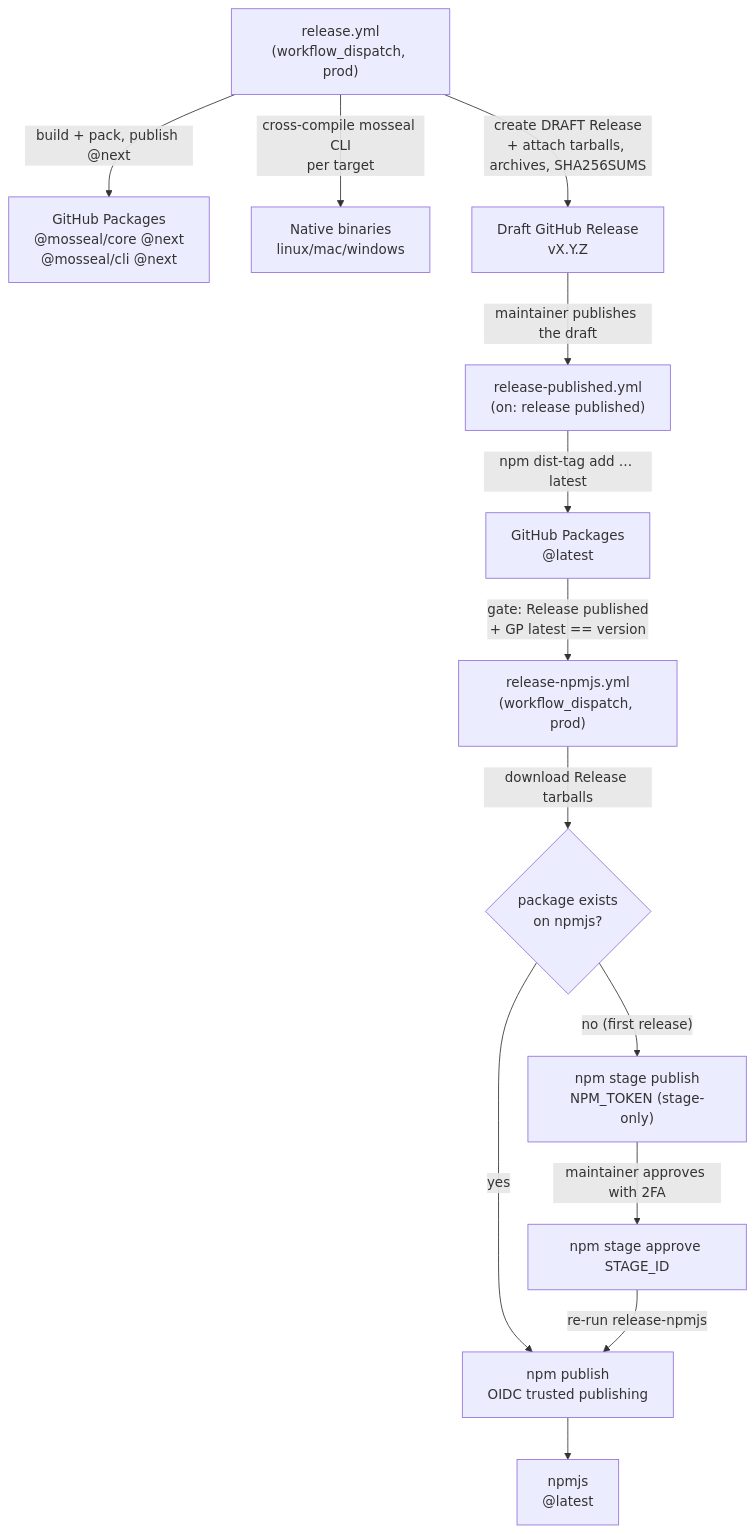
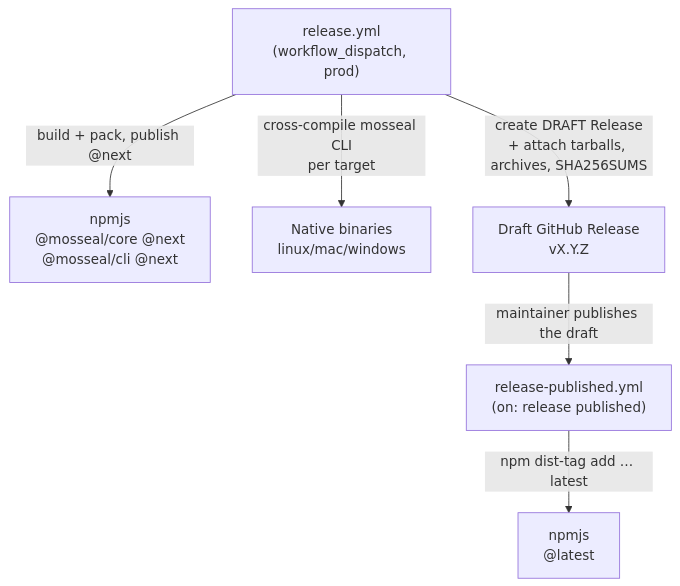
One commit to mosseal/mosseal changed the diagram in docs/development.md. Above: the diagram before and after it, drawn with Mermaid. The commit also changed other lines of this file and 14 other files, not shown here.

Commit message:
feat: migrate npm distribution from GitHub Packages to public npm registry

````diff
--- a/docs/development.md
+++ b/docs/development.md
@@ -134,15 +133,8 @@
 ```mermaid
 flowchart TD
-    A["release.yml<br/>(workflow_dispatch, prod)"] -->|"build + pack, publish @next"| B["GitHub Packages<br/>@mosseal/core @next<br/>@mosseal/cli @next"]
+    A["release.yml<br/>(workflow_dispatch, prod)"] -->|"build + pack, publish @next"| B["npmjs<br/>@mosseal/core @next<br/>@mosseal/cli @next"]
     A -->|"cross-compile mosseal CLI<br/>per target"| BIN["Native binaries<br/>linux/mac/windows"]
     A -->|"create DRAFT Release<br/>+ attach tarballs, archives, SHA256SUMS"| C["Draft GitHub Release<br/>vX.Y.Z"]
     C -->|"maintainer publishes the draft"| D["release-published.yml<br/>(on: release published)"]
-    D -->|"npm dist-tag add … latest"| E["GitHub Packages<br/>@latest"]
-    E -->|"gate: Release published<br/>+ GP latest == version"| F["release-npmjs.yml<br/>(workflow_dispatch, prod)"]
-    F -->|"download Release tarballs"| G{"package exists<br/>on npmjs?"}
-    G -->|"yes"| H["npm publish<br/>OIDC trusted publishing"]
-    G -->|"no (first release)"| I["npm stage publish<br/>NPM_TOKEN (stage-only)"]
-    I -->|"maintainer approves with 2FA"| I2["npm stage approve STAGE_ID"]
-    I2 -->|"re-run release-npmjs"| H
-    H --> J["npmjs<br/>@latest"]
+    D -->|"npm dist-tag add … latest"| E["npmjs<br/>@latest"]
 ```
````
